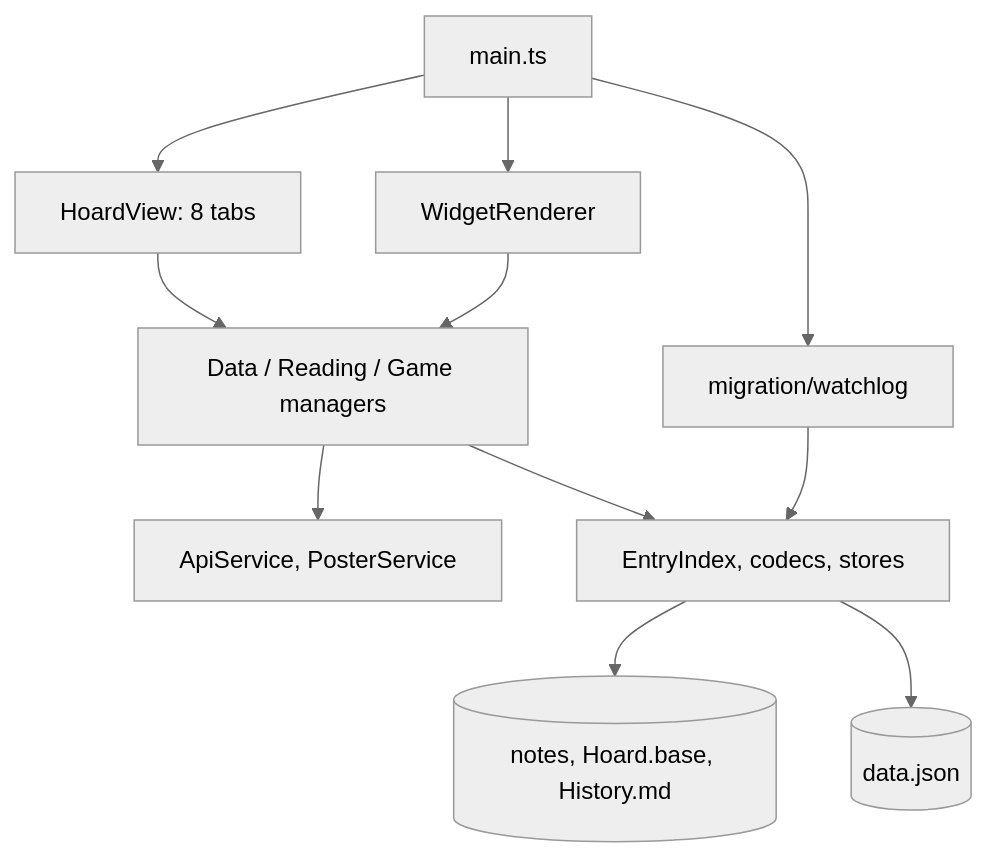
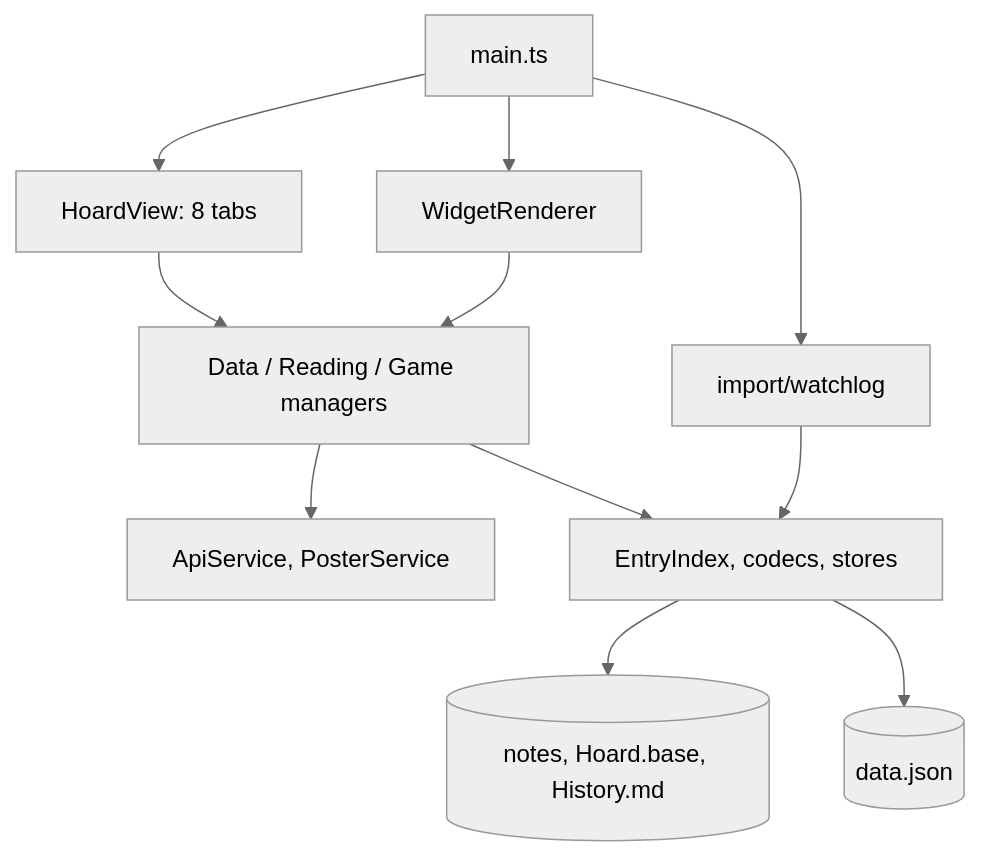
The diagram in docs/index.md (Macavity/obsidian-hoard), drawn with Mermaid (neutral theme) before and after one commit. The commit also changed other lines of this file and 11 other files, not shown here.

````diff
--- a/docs/index.md
+++ b/docs/index.md
@@ -39,13 +39,13 @@
 ```mermaid
 flowchart TD
   main[main.ts] --> View[HoardView: 8 tabs]
   main --> Widgets[WidgetRenderer]
   View --> Managers[Data / Reading / Game managers]
   Widgets --> Managers
   Managers --> API[ApiService, PosterService]
   Managers --> Storage[EntryIndex, codecs, stores]
   Storage --> Vault[(notes, Hoard.base, History.md)]
   Storage --> Local[(data.json)]
-  main --> Import[migration/watchlog]
+  main --> Import[import/watchlog]
   Import --> Storage
 ```
````
